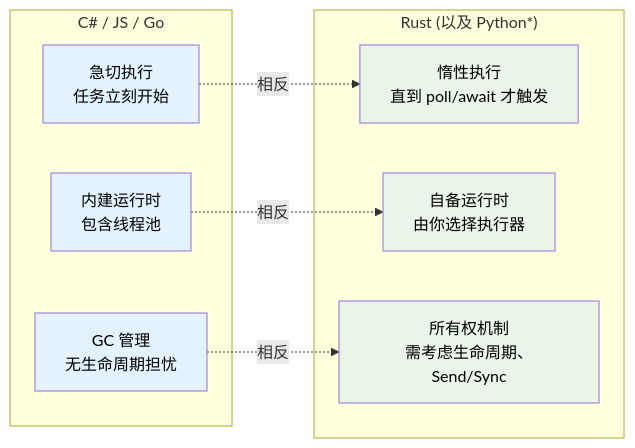
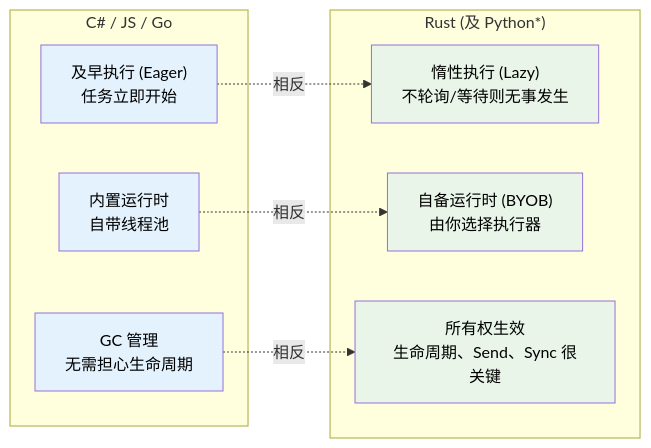
The first of 2 diagrams in async-book/src/zh/ch01-why-async-is-different-in-rust.md (veegn/rust-training-zh), drawn with Mermaid before and after one commit. The commit also changed other lines of this file and 354 other files, not shown here.

````diff
--- a/async-book/src/zh/ch01-why-async-is-different-in-rust.md
+++ b/async-book/src/zh/ch01-why-async-is-different-in-rust.md
@@ -21,25 +21,25 @@
 ```mermaid
 graph LR
     subgraph "C# / JS / Go"
-        EAGER["急切执行<br/>任务立刻开始"]
-        BUILTIN["内建运行时<br/>包含线程池"]
-        GC["GC 管理<br/>无生命周期担忧"]
+        EAGER["及早执行 (Eager)<br/>任务立即开始"]
+        BUILTIN["内置运行时<br/>自带线程池"]
+        GC["GC 管理<br/>无需担心生命周期"]
     end
 
-    subgraph "Rust (以及 Python*)"
-        LAZY["惰性执行<br/>直到 poll/await 才触发"]
-        BYOB["自备运行时<br/>由你选择执行器"]
-        OWNED["所有权机制<br/>需考虑生命周期、Send/Sync"]
+    subgraph "Rust (及 Python*)"
+        LAZY["惰性执行 (Lazy)<br/>不轮询/等待则无事发生"]
+        BYOB["自备运行时 (BYOB)<br/>由你选择执行器"]
+        OWNED["所有权生效<br/>生命周期、Send、Sync 很关键"]
     end
 
     EAGER -. "相反" .-> LAZY
     BUILTIN -. "相反" .-> BYOB
     GC -. "相反" .-> OWNED
 
     style LAZY fill:#e8f5e8,color:#000
     style BYOB fill:#e8f5e8,color:#000
     style OWNED fill:#e8f5e8,color:#000
     style EAGER fill:#e3f2fd,color:#000
     style BUILTIN fill:#e3f2fd,color:#000
     style GC fill:#e3f2fd,color:#000
 ```
````
